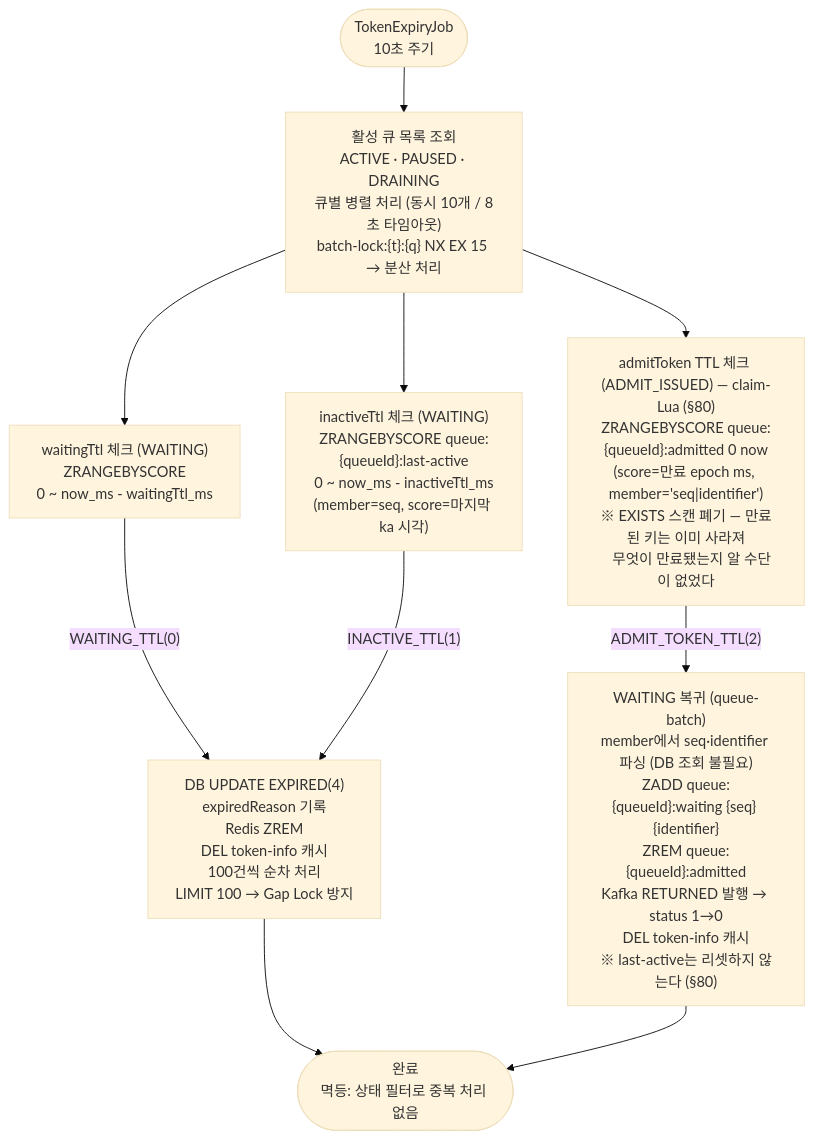
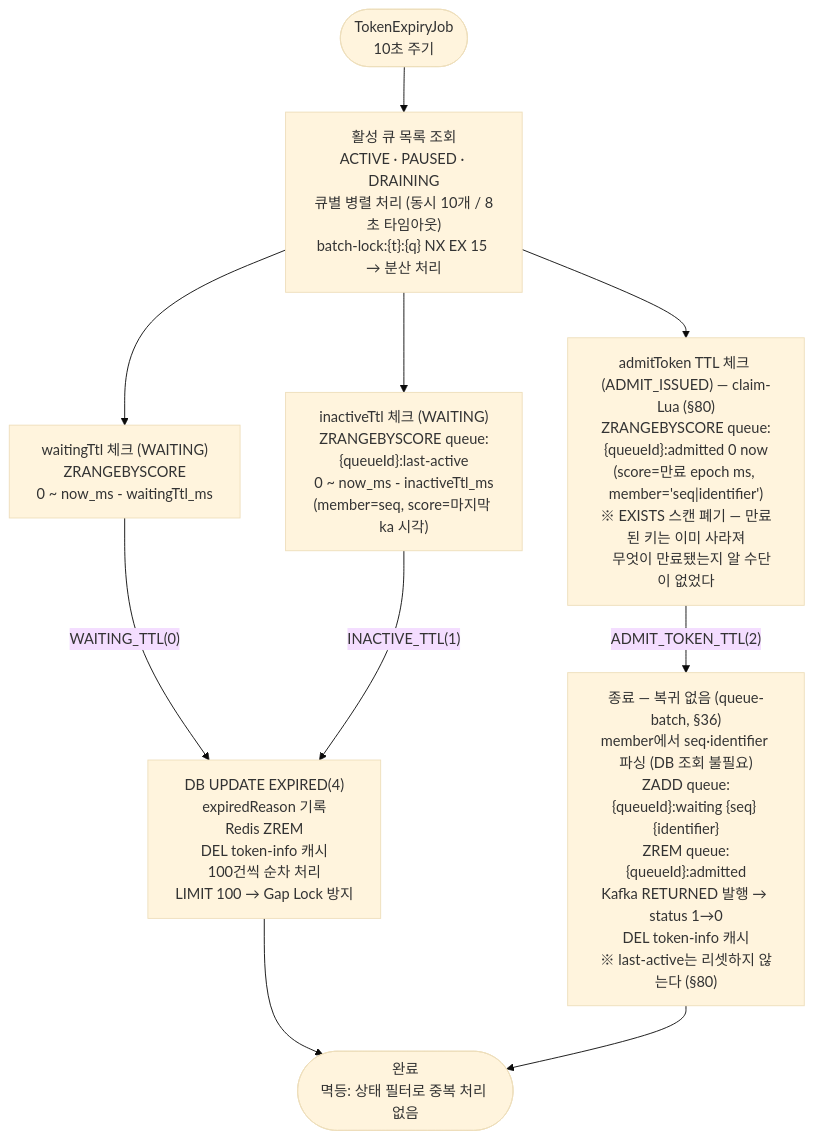
One commit to S-Onix/queue-platform changed the sixth of 11 diagrams in doc/FLOW.md. Above: the diagram before and after it, drawn with Mermaid (base theme). The commit also changed other lines of this file and 7 other files, not shown here.

First line of the commit message:
docs(§36): admitToken TTL 만료 시 WAITING 복귀를 폐기한다 — 만료는 종료다

````diff
--- a/doc/FLOW.md
+++ b/doc/FLOW.md
@@ -235,19 +235,19 @@
 ```mermaid
 flowchart TD
     JOB(["TokenExpiryJob\n10초 주기"])
     --> ALIST["활성 큐 목록 조회\nACTIVE · PAUSED · DRAINING\n큐별 병렬 처리 (동시 10개 / 8초 타임아웃)\nbatch-lock:{t}:{q} NX EX 15 → 분산 처리"]
 
     ALIST --> W1 & W2 & W3
 
     W1["waitingTtl 체크 (WAITING)\nZRANGEBYSCORE\n0 ~ now_ms - waitingTtl_ms"]
     W2["inactiveTtl 체크 (WAITING)\nZRANGEBYSCORE queue:{queueId}:last-active\n0 ~ now_ms - inactiveTtl_ms\n(member=seq, score=마지막 ka 시각)"]
     W3["admitToken TTL 체크 (ADMIT_ISSUED) — claim-Lua (§80)\nZRANGEBYSCORE queue:{queueId}:admitted 0 now\n(score=만료 epoch ms, member='seq|identifier')\n※ EXISTS 스캔 폐기 — 만료된 키는 이미 사라져\n   무엇이 만료됐는지 알 수단이 없었다"]
 
     W1 -->|"WAITING_TTL(0)"| EXP["DB UPDATE EXPIRED(4)\nexpiredReason 기록\nRedis ZREM\nDEL token-info 캐시\n100건씩 순차 처리\nLIMIT 100 → Gap Lock 방지"]
     W2 -->|"INACTIVE_TTL(1)"| EXP
 
-    W3 -->|"ADMIT_TOKEN_TTL(2)"| BACK["WAITING 복귀 (queue-batch)\nmember에서 seq·identifier 파싱 (DB 조회 불필요)\nZADD queue:{queueId}:waiting {seq} {identifier}\nZREM queue:{queueId}:admitted\nKafka RETURNED 발행 → status 1→0\nDEL token-info 캐시\n※ last-active는 리셋하지 않는다 (§80)"]
+    W3 -->|"ADMIT_TOKEN_TTL(2)"| BACK["종료 — 복귀 없음 (queue-batch, §36)\nmember에서 seq·identifier 파싱 (DB 조회 불필요)\nZADD queue:{queueId}:waiting {seq} {identifier}\nZREM queue:{queueId}:admitted\nKafka RETURNED 발행 → status 1→0\nDEL token-info 캐시\n※ last-active는 리셋하지 않는다 (§80)"]
 
     EXP --> DONE(["완료\n멱등: 상태 필터로 중복 처리 없음"])
     BACK --> DONE
 ```
````
